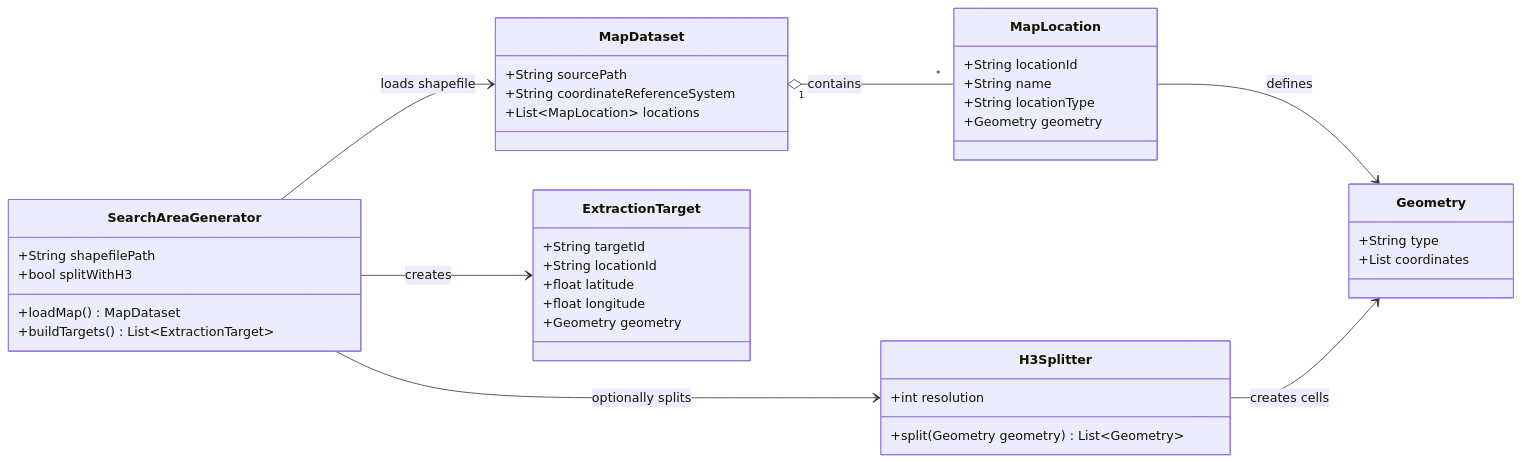
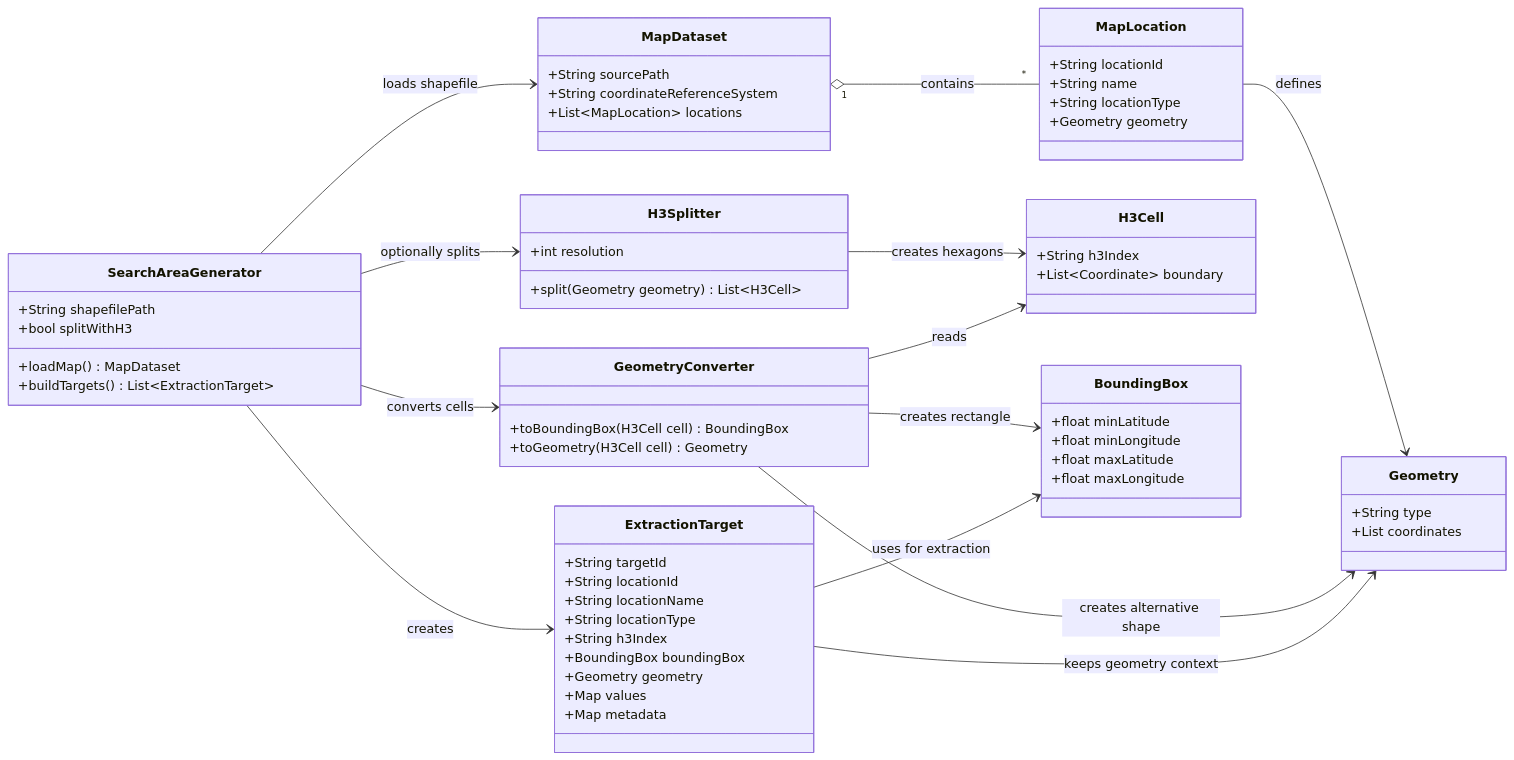
The diagram in docs/c4/level_4_code/data_ingestion/area_generator.md (mentoria-edu/data_vet), drawn with Mermaid before and after one commit. The commit also changed other lines of this file and 4 other files, not shown here.

````diff
--- a/docs/c4/level_4_code/data_ingestion/area_generator.md
+++ b/docs/c4/level_4_code/data_ingestion/area_generator.md
@@ -5,49 +5,76 @@
 ```mermaid
 classDiagram
 direction LR
 
 class SearchAreaGenerator {
   +String shapefilePath
   +bool splitWithH3
   +loadMap() MapDataset
   +buildTargets() List~ExtractionTarget~
 }
 
 class MapDataset {
   +String sourcePath
   +String coordinateReferenceSystem
   +List~MapLocation~ locations
 }
 
 class MapLocation {
   +String locationId
   +String name
   +String locationType
   +Geometry geometry
 }
 
 class H3Splitter {
   +int resolution
-  +split(Geometry geometry) List~Geometry~
+  +split(Geometry geometry) List~H3Cell~
+}
+
+class H3Cell {
+  +String h3Index
+  +List~Coordinate~ boundary
+}
+
+class GeometryConverter {
+  +toBoundingBox(H3Cell cell) BoundingBox
+  +toGeometry(H3Cell cell) Geometry
+}
+
+class BoundingBox {
+  +float minLatitude
+  +float minLongitude
+  +float maxLatitude
+  +float maxLongitude
 }
 
 class ExtractionTarget {
   +String targetId
   +String locationId
-  +float latitude
-  +float longitude
+  +String locationName
+  +String locationType
+  +String h3Index
+  +BoundingBox boundingBox
   +Geometry geometry
+  +Map values
+  +Map metadata
 }
 
 class Geometry {
   +String type
   +List coordinates
 }
 
 SearchAreaGenerator --> MapDataset : loads shapefile
 SearchAreaGenerator --> H3Splitter : optionally splits
+SearchAreaGenerator --> GeometryConverter : converts cells
 SearchAreaGenerator --> ExtractionTarget : creates
 MapDataset "1" o-- "*" MapLocation : contains
 MapLocation --> Geometry : defines
-H3Splitter --> Geometry : creates cells
+H3Splitter --> H3Cell : creates hexagons
+GeometryConverter --> H3Cell : reads
+GeometryConverter --> BoundingBox : creates rectangle
+GeometryConverter --> Geometry : creates alternative shape
+ExtractionTarget --> BoundingBox : uses for extraction
+ExtractionTarget --> Geometry : keeps geometry context
 ```
````
